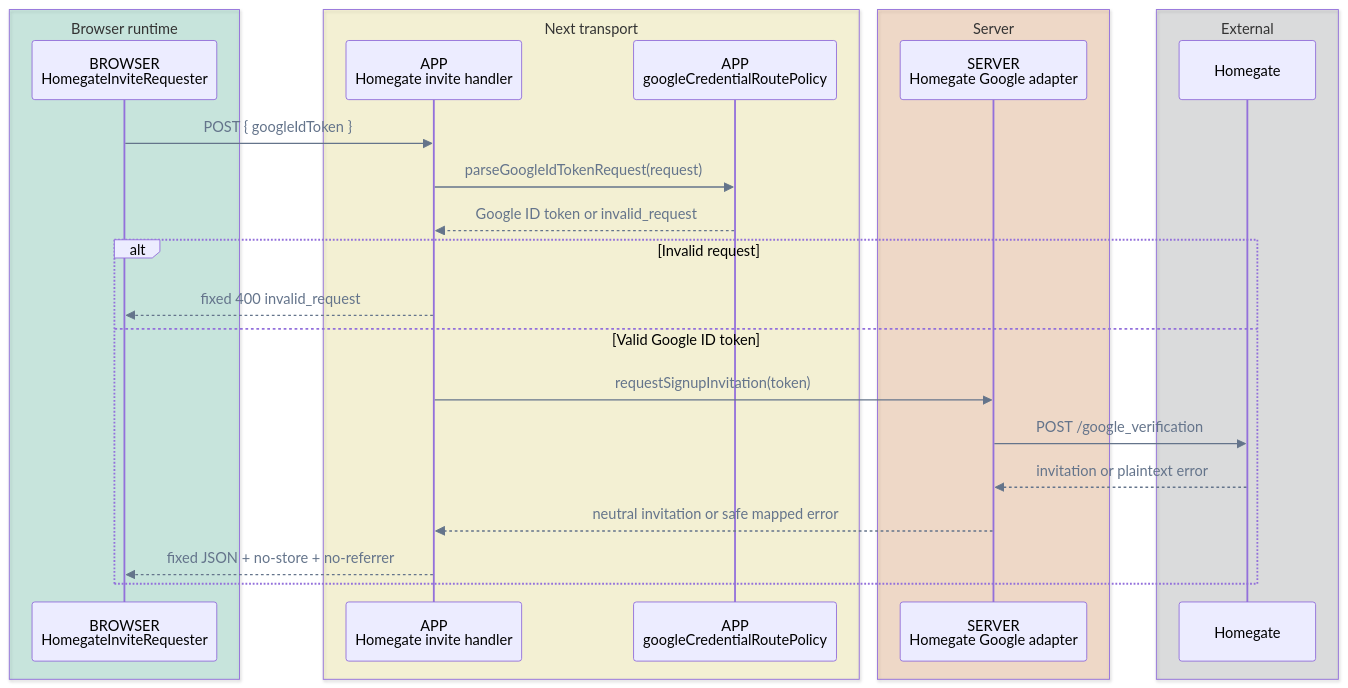
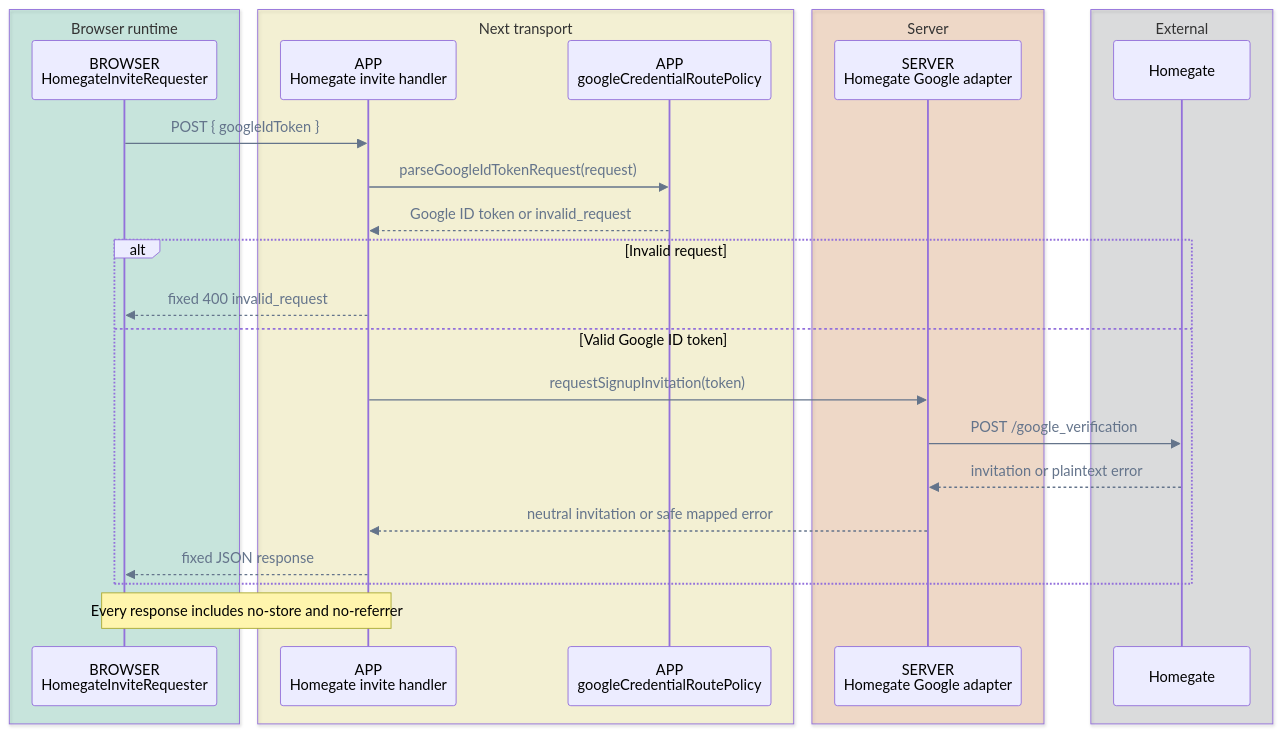
Diagram 14 of 14 in FLOWS.md (pubky/pubky-passport), drawn with Mermaid before and after one commit. The commit also changed other lines of this file, not shown here.

Commit message:
docs: align runtime flows with implementation

````diff
--- a/FLOWS.md
+++ b/FLOWS.md
@@ -756,32 +785,33 @@
 ```mermaid
 %%{init: {"themeVariables": {"signalColor": "#64748B", "signalTextColor": "#64748B"}}}%%
 sequenceDiagram
     accTitle: Homegate invitation API call flow
     accDescr: The route forwards only the Google ID token to Homegate and maps the invitation or error to a fixed browser response.
     box rgba(0, 158, 115, 0.18) Browser runtime
         participant Browser as BROWSER<br/>HomegateInviteRequester
     end
     box rgba(240, 228, 66, 0.18) Next transport
         participant Handler as APP<br/>Homegate invite handler
         participant Policy as APP<br/>googleCredentialRoutePolicy
     end
     box rgba(213, 94, 0, 0.18) Server
         participant Adapter as SERVER<br/>Homegate Google adapter
     end
     box rgba(17, 24, 39, 0.12) External
         participant Homegate as Homegate
     end
 
     Browser->>Handler: POST { googleIdToken }
     Handler->>Policy: parseGoogleIdTokenRequest(request)
     Policy-->>Handler: Google ID token or invalid_request
     alt Invalid request
         Handler-->>Browser: fixed 400 invalid_request
     else Valid Google ID token
         Handler->>Adapter: requestSignupInvitation(token)
         Adapter->>Homegate: POST /google_verification
         Homegate-->>Adapter: invitation or plaintext error
         Adapter-->>Handler: neutral invitation or safe mapped error
-        Handler-->>Browser: fixed JSON + no-store + no-referrer
+        Handler-->>Browser: fixed JSON response
     end
+    Note over Handler,Browser: Every response includes no-store and no-referrer
 ```
````
